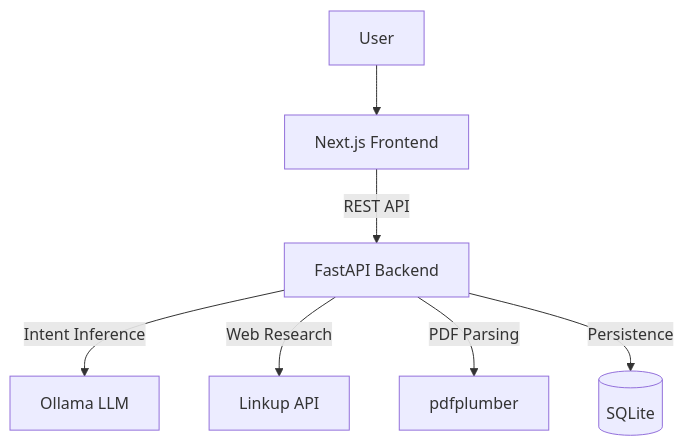
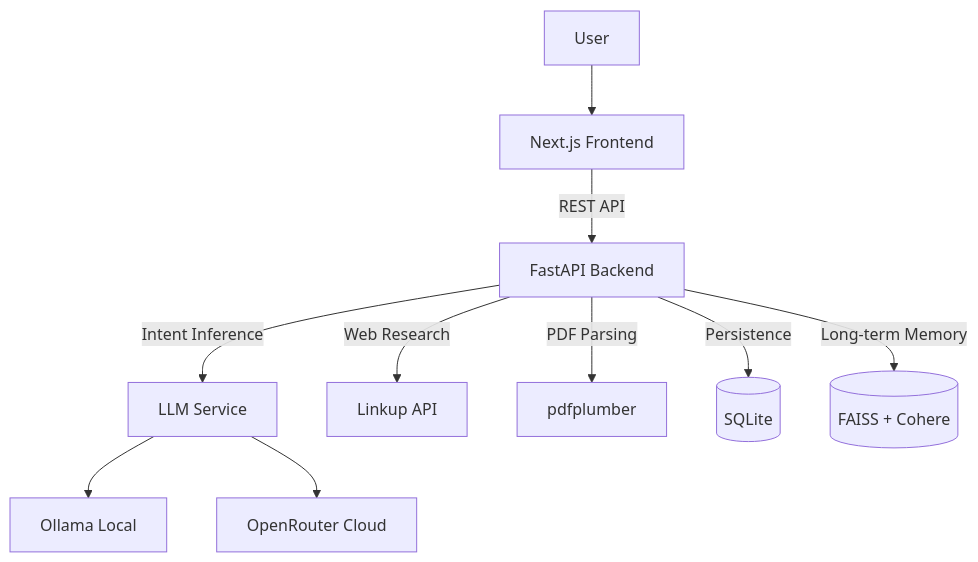
One commit to yond5413/linkup-navi changed the diagram in README.md. Above: the diagram before and after it, drawn with Mermaid. The commit also changed other lines of this file and 16 other files, not shown here.

````diff
--- a/README.md
+++ b/README.md
@@ -7,9 +7,12 @@
 ```mermaid
 graph TD
     User --> Frontend[Next.js Frontend]
     Frontend -->|REST API| Backend[FastAPI Backend]
-    Backend -->|Intent Inference| Ollama[Ollama LLM]
+    Backend -->|Intent Inference| LLM[LLM Service]
     Backend -->|Web Research| Linkup[Linkup API]
     Backend -->|PDF Parsing| PDFParser[pdfplumber]
     Backend -->|Persistence| SQLite[(SQLite)]
+    Backend -->|Long-term Memory| VectorDB[(FAISS + Cohere)]
+    LLM --> Ollama[Ollama Local]
+    LLM --> OpenRouter[OpenRouter Cloud]
 ```
````
